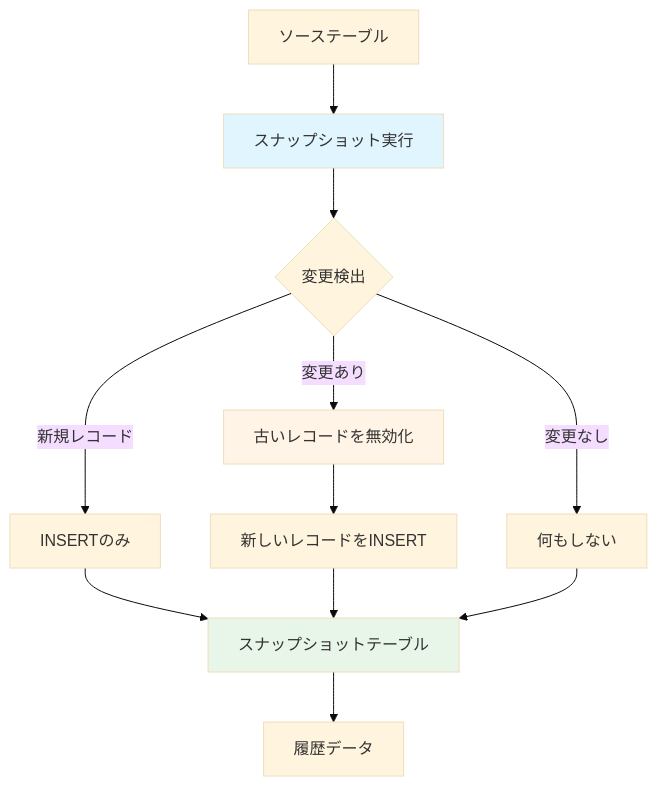
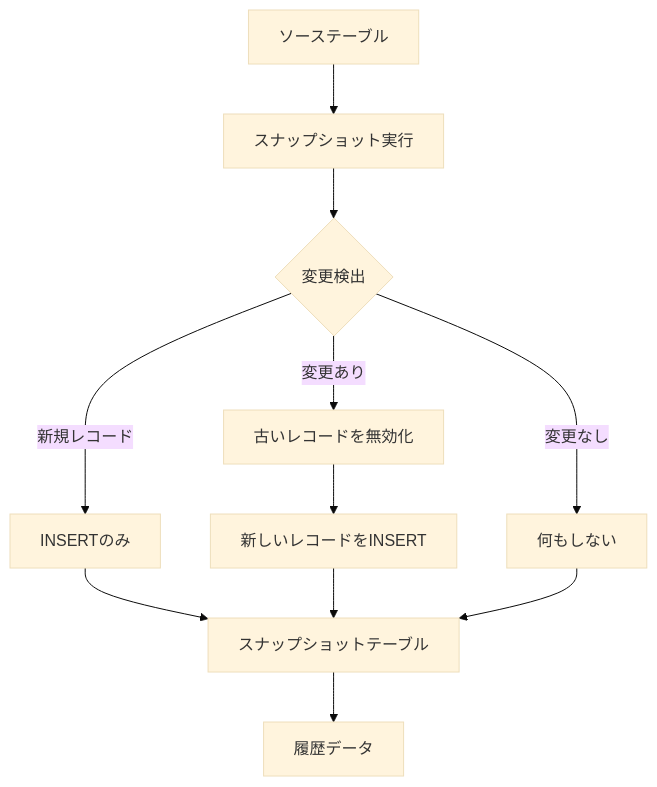
The first of 14 diagrams in content/Tech/dbt/categories/snapshot-config.md (1210yuichi0/1210yuichi0.github.io), drawn with Mermaid (base theme) before and after one commit. The commit also changed other lines of this file and 22 other files, not shown here.

First line of the commit message:
style: remove Mermaid style directives for dark mode compatibility

````diff
--- a/content/Tech/dbt/categories/snapshot-config.md
+++ b/content/Tech/dbt/categories/snapshot-config.md
@@ -31,20 +31,17 @@
 ```mermaid
 graph TB
     A[ソーステーブル] --> B[スナップショット実行]
     B --> C{変更検出}
 
     C -->|新規レコード| D[INSERTのみ]
     C -->|変更あり| E[古いレコードを無効化]
     E --> F[新しいレコードをINSERT]
     C -->|変更なし| G[何もしない]
 
     D --> H[スナップショットテーブル]
     F --> H
     G --> H
 
     H --> I[履歴データ]
 
-    style B fill:#e1f5ff
-    style E fill:#fff4e6
-    style H fill:#e8f5e9
 ```
````
